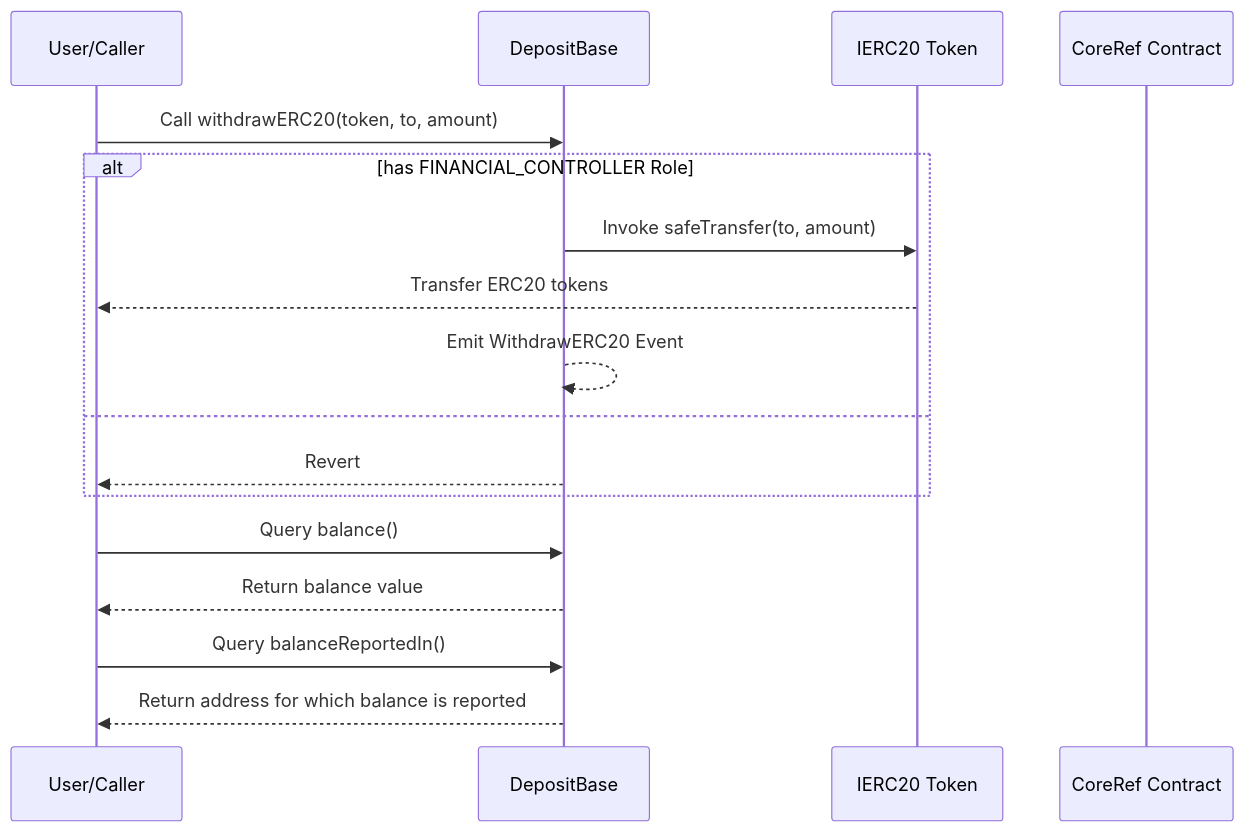
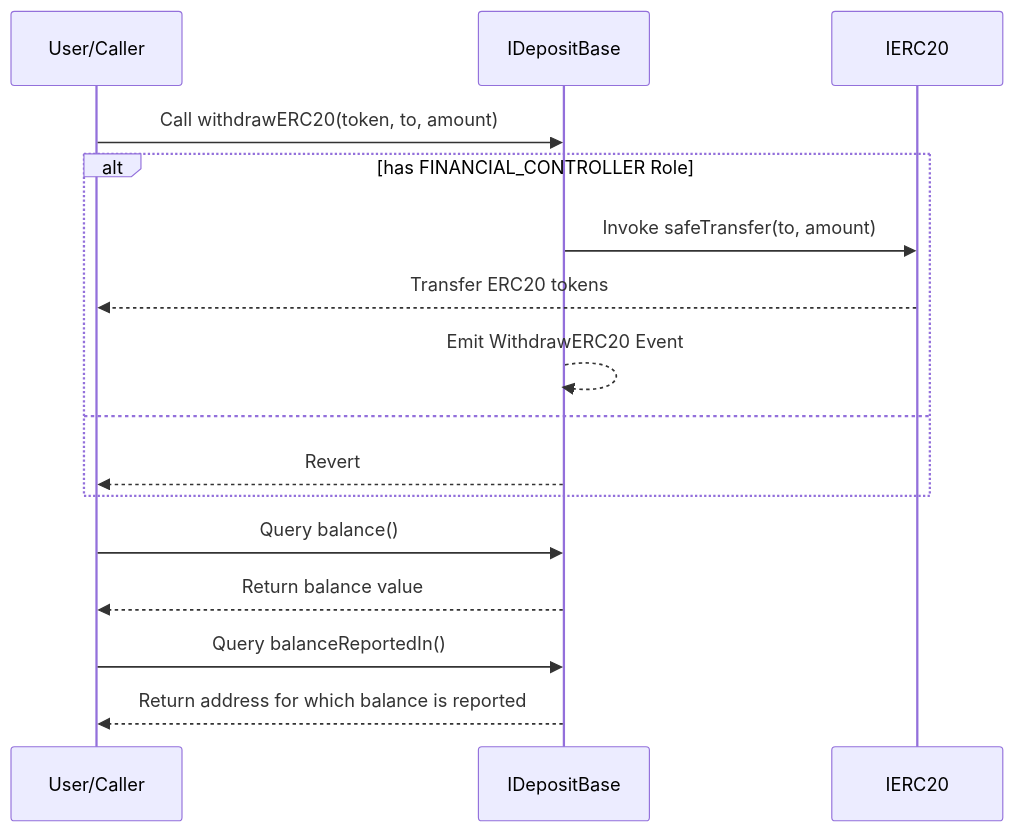
One commit to ZTX-Foundation/tuxedo changed the second of 2 diagrams in doc/contracts/finance/DepositBase.md. Above: the diagram before and after it, drawn with Mermaid. The commit also changed other lines of this file and 8 other files, not shown here.

````diff
--- a/doc/contracts/finance/DepositBase.md
+++ b/doc/contracts/finance/DepositBase.md
@@ -21,22 +21,21 @@
 ```mermaid
 sequenceDiagram
     participant User as User/Caller
-    participant DepositBase as DepositBase
-    participant IERC20 as IERC20 Token
-    participant CoreRef as CoreRef Contract
+    participant IDepositBase
+    participant IERC20
 
-    User->>DepositBase: Call withdrawERC20(token, to, amount)
+    User->>IDepositBase: Call withdrawERC20(token, to, amount)
     alt has FINANCIAL_CONTROLLER Role
-        DepositBase->>IERC20: Invoke safeTransfer(to, amount)
+        IDepositBase->>IERC20: Invoke safeTransfer(to, amount)
         IERC20-->>User: Transfer ERC20 tokens
-        DepositBase-->>DepositBase: Emit WithdrawERC20 Event
+        IDepositBase-->>IDepositBase: Emit WithdrawERC20 Event
     else
-        DepositBase-->>User: Revert
+        IDepositBase-->>User: Revert
     end
 
-    User->>DepositBase: Query balance()
-    DepositBase-->>User: Return balance value
+    User->>IDepositBase: Query balance()
+    IDepositBase-->>User: Return balance value
 
-    User->>DepositBase: Query balanceReportedIn()
-    DepositBase-->>User: Return address for which balance is reported
+    User->>IDepositBase: Query balanceReportedIn()
+    IDepositBase-->>User: Return address for which balance is reported
 ```
````
